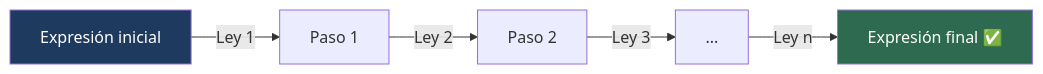
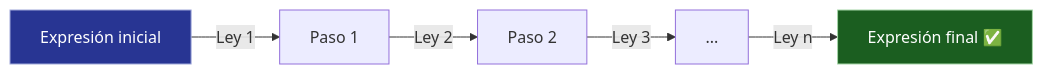
Before and after one commit to Fsteven22/Notas-ESPOL: the diagram in src/site/notes/Universidad/3er Semestre/Matemáticas Discretas/Unidad 1 - Logica y Conjuntos/II - Álgebra Proposicional/01 - Algebra de Proposiciones.md, drawn with Mermaid. The commit also changed other lines of this file and 79 other files, not shown here.

````diff
--- a/src/site/notes/Universidad/3er Semestre/Matemáticas Discretas/Unidad 1 - Logica y Conjuntos/II - Álgebra Proposicional/01 - Algebra de Proposiciones.md
+++ b/src/site/notes/Universidad/3er Semestre/Matemáticas Discretas/Unidad 1 - Logica y Conjuntos/II - Álgebra Proposicional/01 - Algebra de Proposiciones.md
@@ -188,10 +188,10 @@
 ```mermaid
 graph LR
     A[Expresión inicial] -->|"Ley 1"| B[Paso 1]
     B -->|"Ley 2"| C[Paso 2]
     C -->|"Ley 3"| D[...]
     D -->|"Ley n"| E[Expresión final ✅]
 
-    style A fill:#1e3a5f,color:#fff
-    style E fill:#2d6a4f,color:#fff
+    style A fill:#283593,color:#FFFFFF,stroke:#9FA8DA,stroke-width:1px
+    style E fill:#1B5E20,color:#FFFFFF,stroke:#A5D6A7,stroke-width:1px
 ```
````
